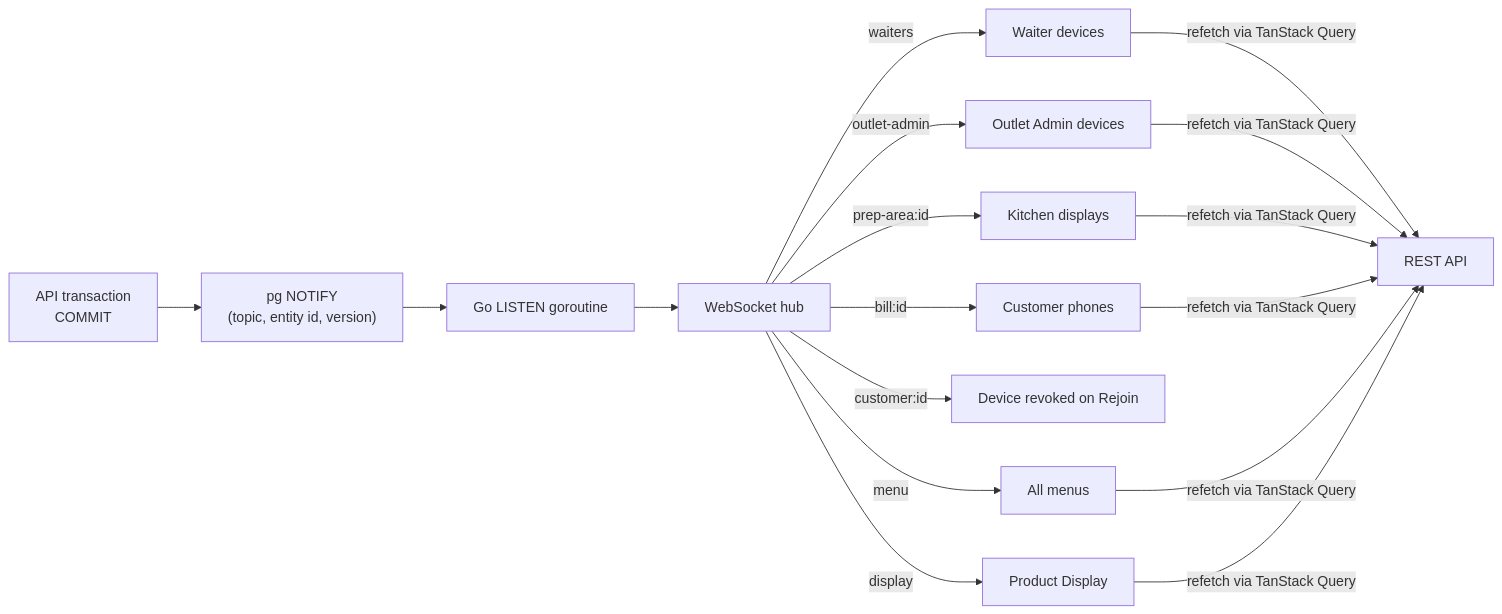
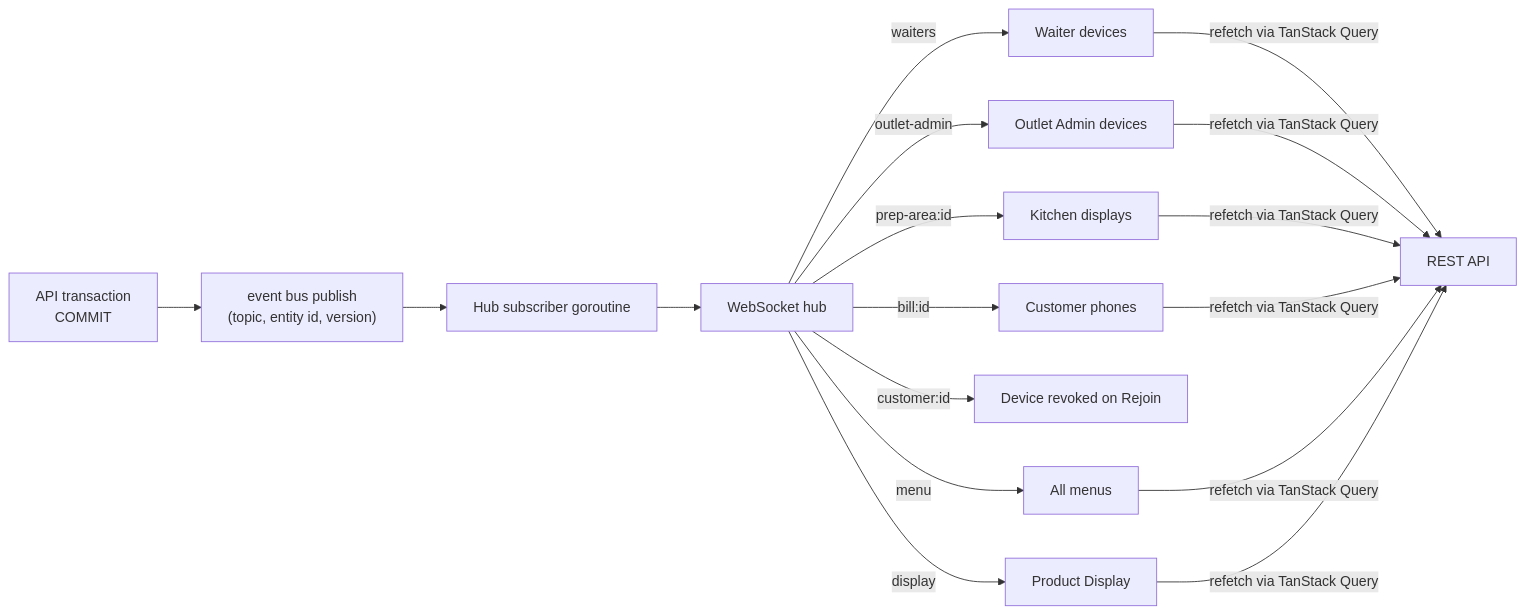
One commit to morpikssolutionsDev/Shusi_latte changed diagram 34 of 35 in docs/OVERVIEW-AND-FLOWS.md. Above: the diagram before and after it, drawn with Mermaid. The commit also changed other lines of this file and 105 other files, not shown here.

````diff
--- a/docs/OVERVIEW-AND-FLOWS.md
+++ b/docs/OVERVIEW-AND-FLOWS.md
@@ -869,14 +870,14 @@
 ```mermaid
 flowchart LR
-  TX["API transaction<br/>COMMIT"] --> N["pg NOTIFY<br/>(topic, entity id, version)"]
-  N --> L[Go LISTEN goroutine]
+  TX["API transaction<br/>COMMIT"] --> N["event bus publish<br/>(topic, entity id, version)"]
+  N --> L[Hub subscriber goroutine]
   L --> H[WebSocket hub]
   H -->|"waiters"| WD[Waiter devices]
   H -->|"outlet-admin"| OA[Outlet Admin devices]
   H -->|"prep-area:id"| KD[Kitchen displays]
   H -->|"bill:id"| CM[Customer phones]
   H -->|"customer:id"| CD[Device revoked on Rejoin]
   H -->|"menu"| ALL[All menus]
   H -->|"display"| TV[Product Display]
   WD & OA & KD & CM & ALL & TV -->|"refetch via TanStack Query"| API[REST API]
 ```
````
